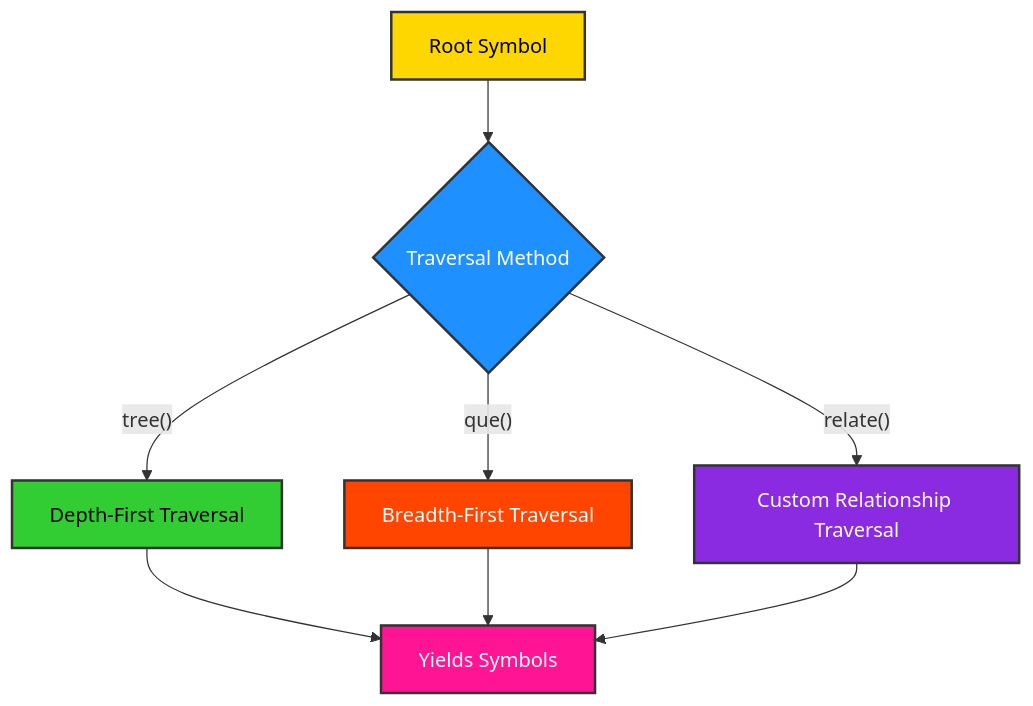
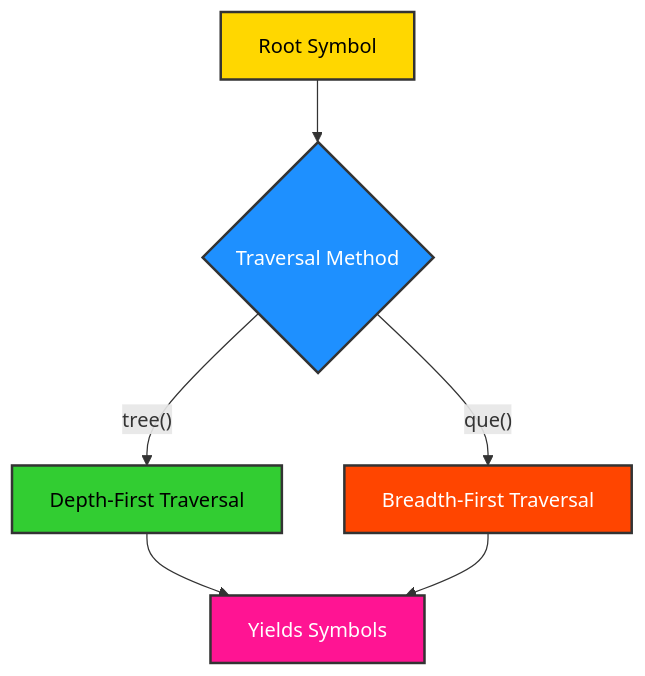
The fourth of 13 diagrams in docs/topics/8_api_highlights/index.md (ikko/sym), drawn with Mermaid before and after one commit. The commit also changed other lines of this file and 9 other files, not shown here.

````diff
--- a/docs/topics/8_api_highlights/index.md
+++ b/docs/topics/8_api_highlights/index.md
@@ -221,17 +221,14 @@
 ```mermaid
 graph TD
     A[Root Symbol] --> B{Traversal Method};
     B -- "tree()" --> C[Depth-First Traversal];
     B -- "que()" --> D[Breadth-First Traversal];
-    B -- "relate()" --> E[Custom Relationship Traversal];
     C --> F[Yields Symbols];
     D --> F;
-    E --> F;
 
     style A fill:#FFD700,stroke:#333,stroke-width:2px,color:#000000;
     style B fill:#1E90FF,stroke:#333,stroke-width:2px,color:#FFFFFF;
     style C fill:#32CD32,stroke:#333,stroke-width:2px,color:#000000;
     style D fill:#FF4500,stroke:#333,stroke-width:2px,color:#FFFFFF;
-    style E fill:#8A2BE2,stroke:#333,stroke-width:2px,color:#FFFFFF;
     style F fill:#FF1493,stroke:#333,stroke-width:2px,color:#FFFFFF;
 ```
````
